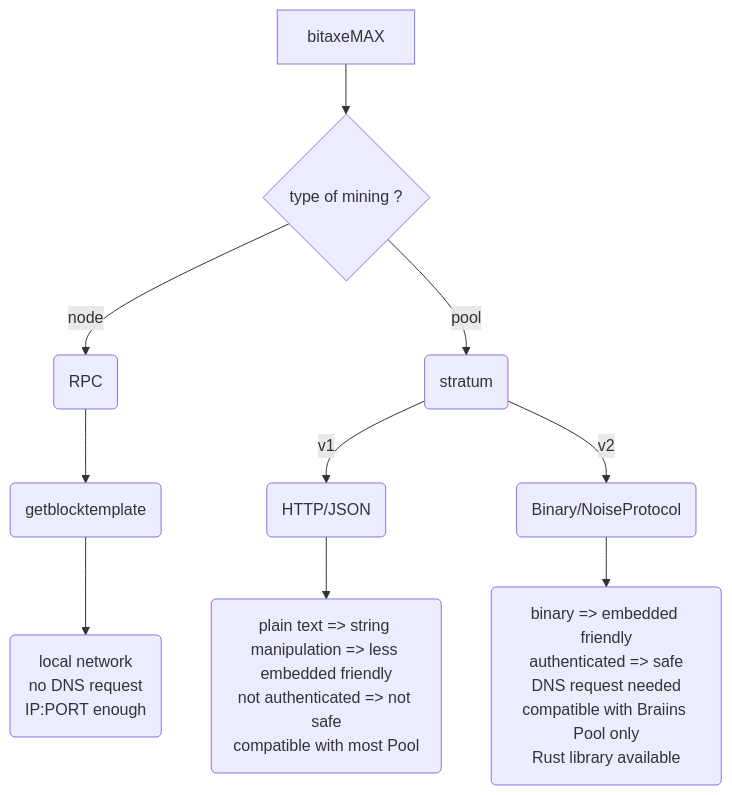
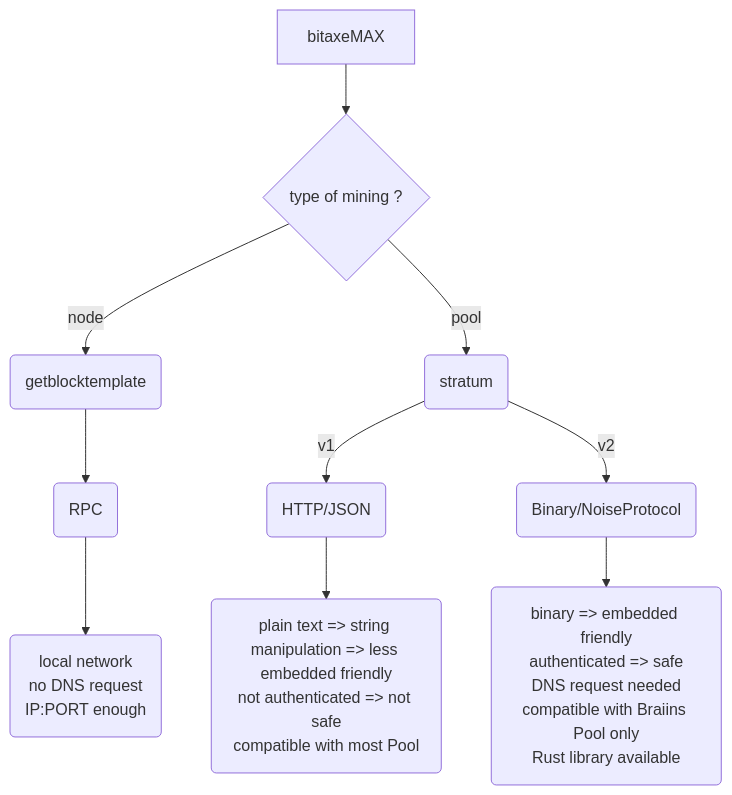
The diagram in readme.md (skot/bitaxe), drawn with Mermaid before and after one commit.

Commit message:
fix method/thecnology for node mining

````diff
--- a/readme.md
+++ b/readme.md
@@ -37,12 +37,12 @@
 ```mermaid
 graph TD
   A[bitaxeMAX] --> B{type of mining ?}
-  B-->|node|C(RPC)
-  C-->D(getblocktemplate)
+  B-->|node|C(getblocktemplate)
+  C-->D(RPC)
   D-->H(local network<br>no DNS request<br>IP:PORT enough)
   B-->|pool|E(stratum)
   E-->|v1|F(HTTP/JSON)
   F-->I(plain text => string manipulation => less embedded friendly<br>not authenticated => not safe<br>compatible with most Pool)
   E-->|v2|G(Binary/NoiseProtocol)
   G-->J(binary => embedded friendly<br>authenticated => safe<br>DNS request needed<br>compatible with Braiins Pool only<br>Rust library available)
 ```
````
